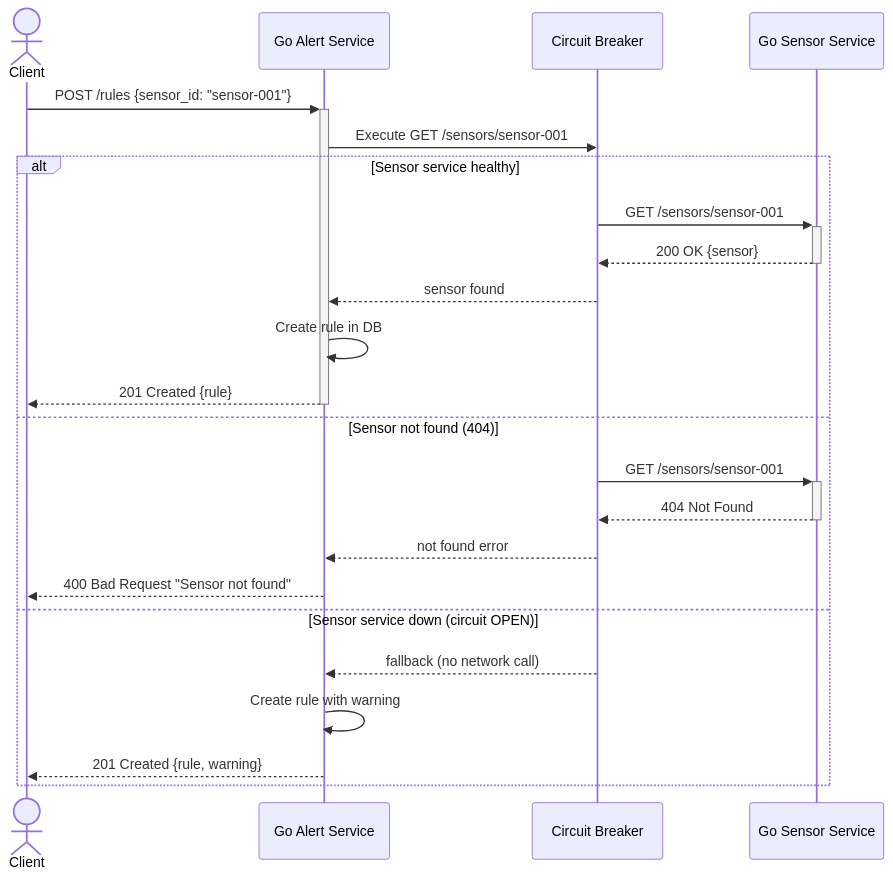
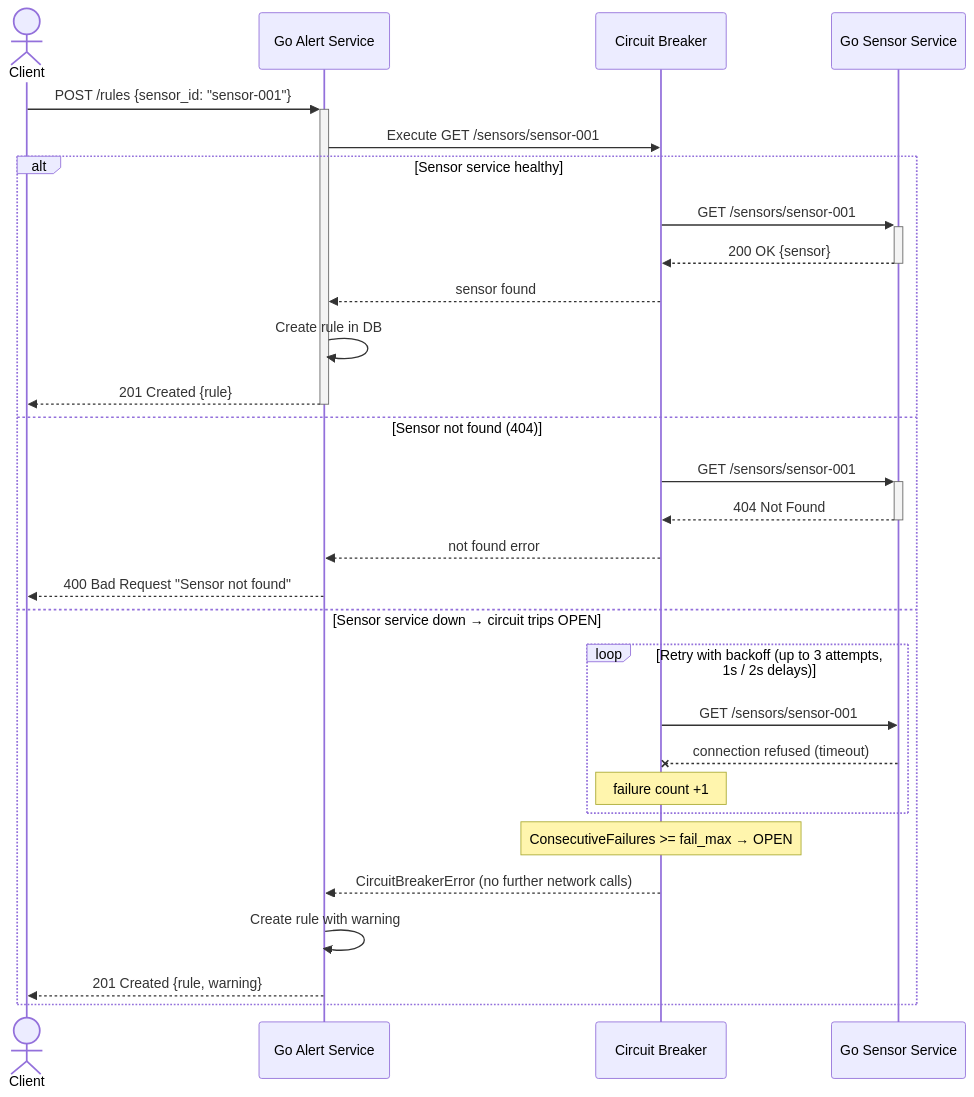
One commit to pe-version/A2 changed the diagram in diagrams/sequence-circuit-breaker.mmd. Above: the diagram before and after it, drawn with Mermaid. The commit also changed 2 other files, not shown here.

Commit message:
Update circuit breaker diagram to show retry loop before OPEN state

```diff
--- a/diagrams/sequence-circuit-breaker.mmd
+++ b/diagrams/sequence-circuit-breaker.mmd
@@ -1,25 +1,31 @@
 sequenceDiagram
     actor Client
     participant GoAlert as Go Alert Service
     participant CB as Circuit Breaker
     participant GoSvc as Go Sensor Service
 
     Client->>+GoAlert: POST /rules {sensor_id: "sensor-001"}
     GoAlert->>CB: Execute GET /sensors/sensor-001
 
     alt Sensor service healthy
         CB->>+GoSvc: GET /sensors/sensor-001
         GoSvc-->>-CB: 200 OK {sensor}
         CB-->>GoAlert: sensor found
         GoAlert->>GoAlert: Create rule in DB
         GoAlert-->>-Client: 201 Created {rule}
     else Sensor not found (404)
         CB->>+GoSvc: GET /sensors/sensor-001
         GoSvc-->>-CB: 404 Not Found
         CB-->>GoAlert: not found error
         GoAlert-->>Client: 400 Bad Request "Sensor not found"
-    else Sensor service down (circuit OPEN)
-        CB-->>GoAlert: fallback (no network call)
+    else Sensor service down → circuit trips OPEN
+        loop Retry with backoff (up to 3 attempts, 1s / 2s delays)
+            CB->>GoSvc: GET /sensors/sensor-001
+            GoSvc--xCB: connection refused (timeout)
+            Note over CB: failure count +1
+        end
+        Note over CB: ConsecutiveFailures >= fail_max → OPEN
+        CB-->>GoAlert: CircuitBreakerError (no further network calls)
         GoAlert->>GoAlert: Create rule with warning
         GoAlert-->>Client: 201 Created {rule, warning}
     end
```
